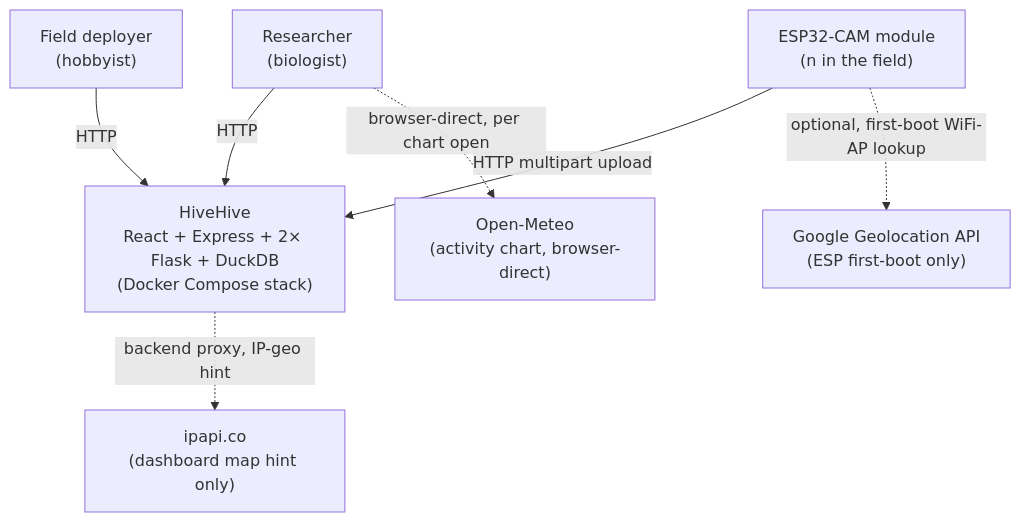
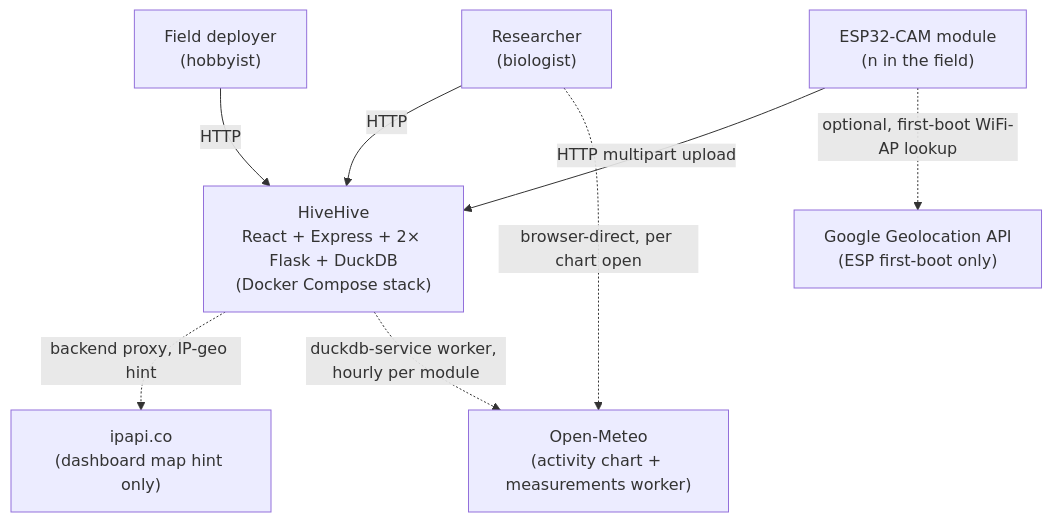
Before and after one commit to schutera/highfive: the diagram in docs/03-context-and-scope/README.md, drawn with Mermaid. The commit also changed other lines of this file and 17 other files, not shown here.

First line of the commit message:
feat(weather): server-side Open-Meteo worker, closes #111

````diff
--- a/docs/03-context-and-scope/README.md
+++ b/docs/03-context-and-scope/README.md
@@ -8,17 +8,18 @@
 ```mermaid
 flowchart TD
     Deployer["Field deployer<br/>(hobbyist)"]
     Researcher["Researcher<br/>(biologist)"]
     HiveHive["HiveHive<br/>React + Express + 2× Flask + DuckDB<br/>(Docker Compose stack)"]
     ESP["ESP32-CAM module<br/>(n in the field)"]
     Geo["Google Geolocation API<br/>(ESP first-boot only)"]
     IpGeo["ipapi.co<br/>(dashboard map hint only)"]
-    OpenMeteo["Open-Meteo<br/>(activity chart, browser-direct)"]
+    OpenMeteo["Open-Meteo<br/>(activity chart + measurements worker)"]
 
     Deployer -->|HTTP| HiveHive
     Researcher -->|HTTP| HiveHive
     ESP -->|HTTP multipart upload| HiveHive
     ESP -.->|optional, first-boot WiFi-AP lookup| Geo
     HiveHive -.->|backend proxy, IP-geo hint| IpGeo
     Researcher -.->|browser-direct, per chart open| OpenMeteo
+    HiveHive -.->|duckdb-service worker, hourly per module| OpenMeteo
 ```
````
